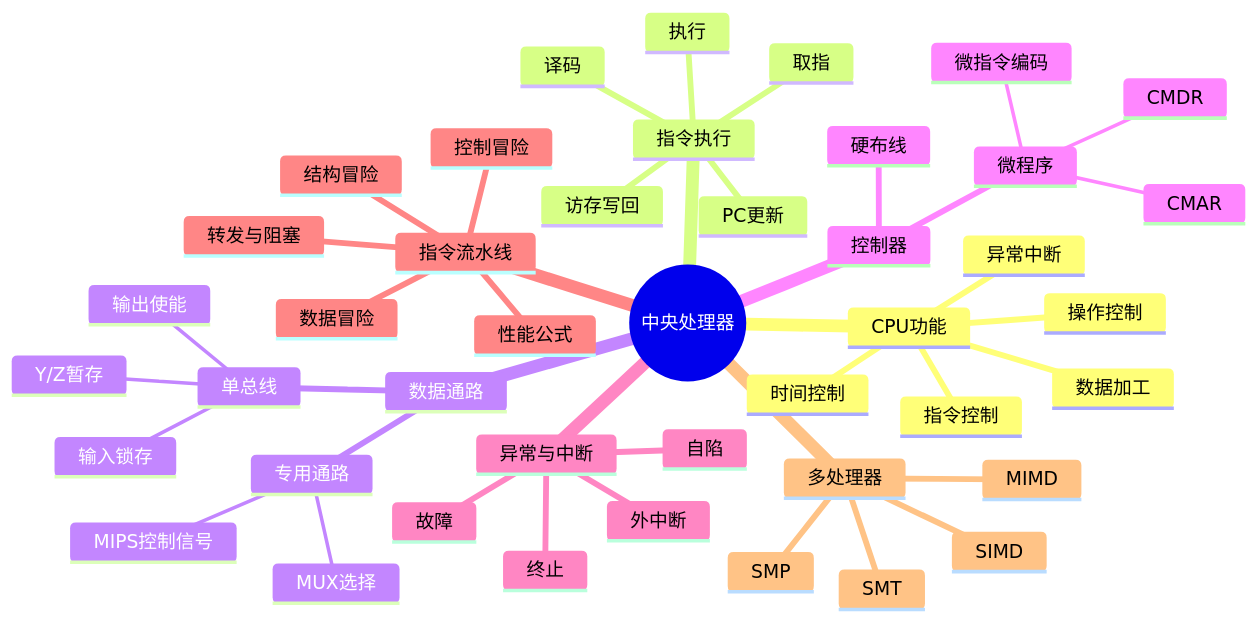
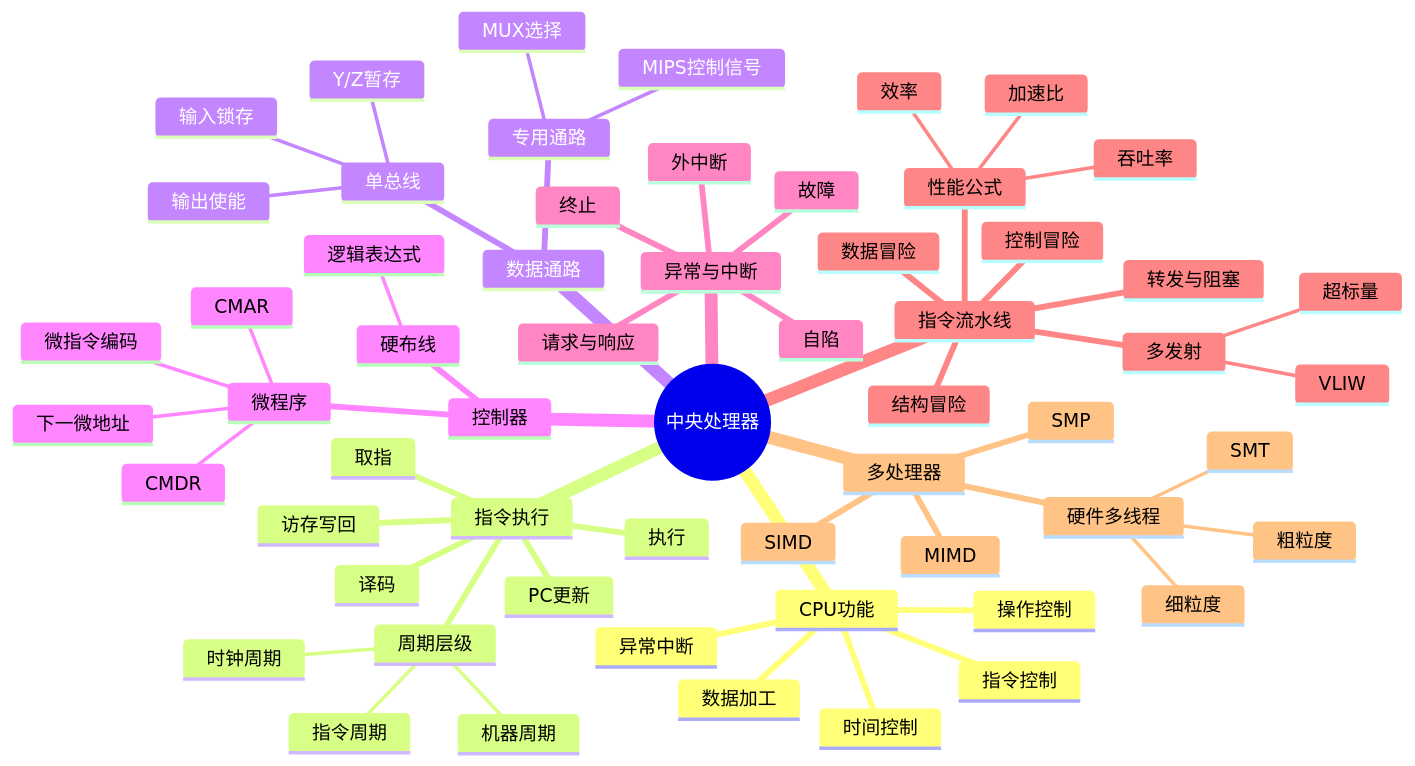
Before and after one commit to Cthaat/Obsidian: the diagram in 408/408考研笔记/计算机组成原理/05-中央处理器.md, drawn with Mermaid. The commit also changed other lines of this file and 20 other files, not shown here.

````diff
--- a/408/408考研笔记/计算机组成原理/05-中央处理器.md
+++ b/408/408考研笔记/计算机组成原理/05-中央处理器.md
@@ -31,46 +32,62 @@
 ```mermaid
 mindmap
   root((中央处理器))
     CPU功能
       指令控制
       操作控制
       时间控制
       数据加工
       异常中断
     指令执行
+      周期层级
+        指令周期
+        机器周期
+        时钟周期
       取指
       译码
       执行
       访存写回
       PC更新
     数据通路
       单总线
         输出使能
         输入锁存
         Y/Z暂存
       专用通路
         MIPS控制信号
         MUX选择
     控制器
       硬布线
+        逻辑表达式
       微程序
         CMAR
         CMDR
         微指令编码
+        下一微地址
     异常与中断
       故障
       自陷
       终止
       外中断
+      请求与响应
     指令流水线
       性能公式
+        吞吐率
+        加速比
+        效率
       结构冒险
       数据冒险
       控制冒险
       转发与阻塞
+      多发射
+        超标量
+        VLIW
     多处理器
       SIMD
       MIMD
-      SMT
+      硬件多线程
+        细粒度
+        粗粒度
+        SMT
       SMP
 ```
````
